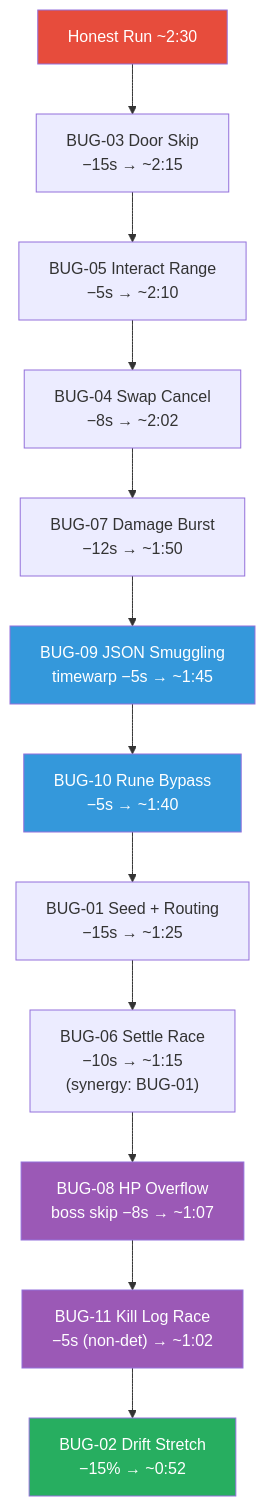
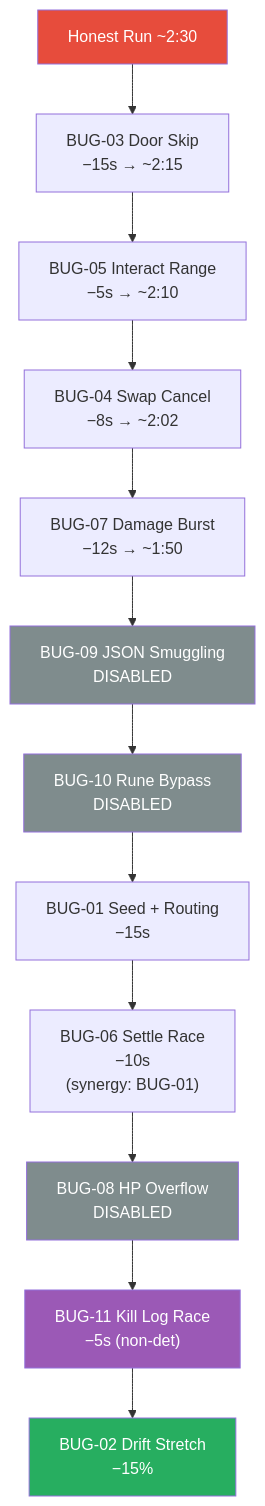
The first of 2 diagrams in docs/specs/bugs.md (NUSGreyhats/dcsg-vibecat-404), drawn with Mermaid before and after one commit. The commit also changed other lines of this file and 20 other files, not shown here.

````diff
--- a/docs/specs/bugs.md
+++ b/docs/specs/bugs.md
@@ -29,22 +39,22 @@
 ```mermaid
 graph TD
     HONEST["Honest Run ~2:30"] --> B03
     B03["BUG-03 Door Skip<br/>−15s → ~2:15"] --> B05
     B05["BUG-05 Interact Range<br/>−5s → ~2:10"] --> B04
     B04["BUG-04 Swap Cancel<br/>−8s → ~2:02"] --> B07
     B07["BUG-07 Damage Burst<br/>−12s → ~1:50"] --> B09
-    B09["BUG-09 JSON Smuggling<br/>timewarp −5s → ~1:45"] --> B10
-    B10["BUG-10 Rune Bypass<br/>−5s → ~1:40"] --> B01
-    B01["BUG-01 Seed + Routing<br/>−15s → ~1:25"] --> B06
-    B06["BUG-06 Settle Race<br/>−10s → ~1:15<br/>(synergy: BUG-01)"] --> B08
-    B08["BUG-08 HP Overflow<br/>boss skip −8s → ~1:07"] --> B11
-    B11["BUG-11 Kill Log Race<br/>−5s (non-det) → ~1:02"] --> B02
-    B02["BUG-02 Drift Stretch<br/>−15% → ~0:52"]
+    B09["BUG-09 JSON Smuggling<br/>DISABLED"] --> B10
+    B10["BUG-10 Rune Bypass<br/>DISABLED"] --> B01
+    B01["BUG-01 Seed + Routing<br/>−15s"] --> B06
+    B06["BUG-06 Settle Race<br/>−10s<br/>(synergy: BUG-01)"] --> B08
+    B08["BUG-08 HP Overflow<br/>DISABLED"] --> B11
+    B11["BUG-11 Kill Log Race<br/>−5s (non-det)"] --> B02
+    B02["BUG-02 Drift Stretch<br/>−15%"]
 
     style HONEST fill:#e74c3c,color:#fff
     style B02 fill:#27ae60,color:#fff
-    style B09 fill:#3498db,color:#fff
-    style B10 fill:#3498db,color:#fff
-    style B08 fill:#9b59b6,color:#fff
+    style B08 fill:#7f8c8d,color:#fff
+    style B09 fill:#7f8c8d,color:#fff
+    style B10 fill:#7f8c8d,color:#fff
     style B11 fill:#9b59b6,color:#fff
 ```
````
